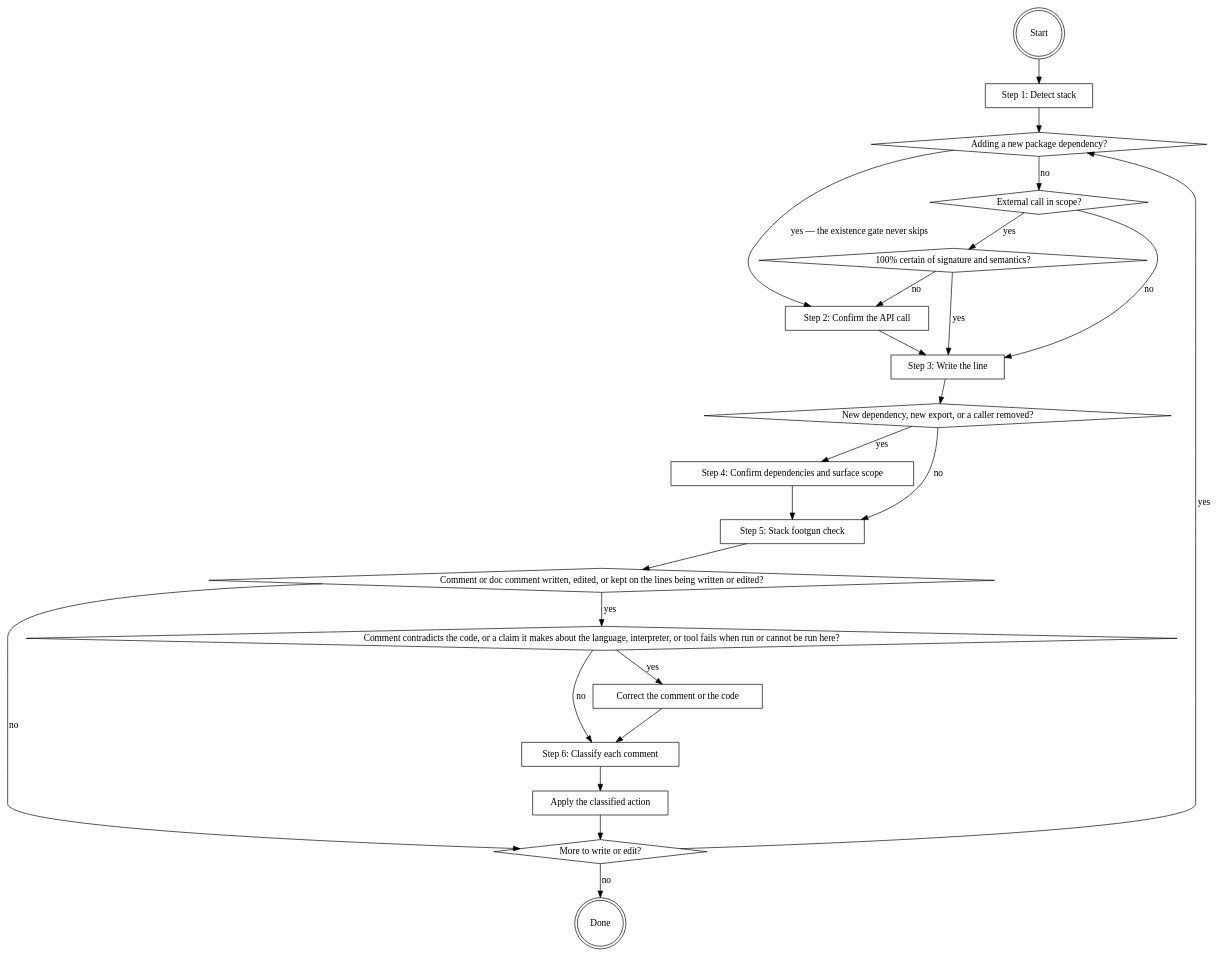
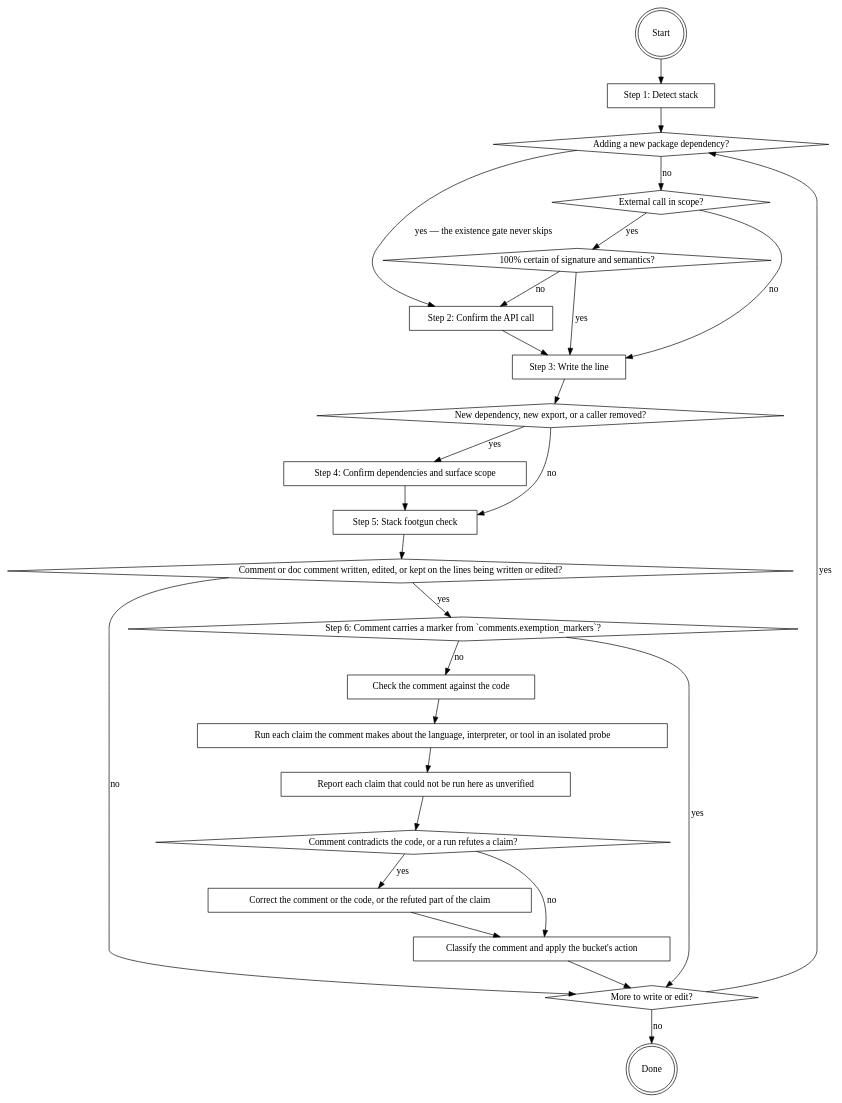
Before and after one commit to it-bens/ai-tools: the diagram in plugins/software-writer/skills/writing-code/SKILL.md, drawn with Graphviz. The commit also changed other lines of this file and 6 other files, not shown here.

````diff
--- a/plugins/software-writer/skills/writing-code/SKILL.md
+++ b/plugins/software-writer/skills/writing-code/SKILL.md
@@ -20,44 +20,51 @@
 ```dot
 digraph writing_code {
     "Start" [shape=doublecircle];
     "Step 1: Detect stack" [shape=box];
     "Adding a new package dependency?" [shape=diamond];
     "External call in scope?" [shape=diamond];
     "100% certain of signature and semantics?" [shape=diamond];
     "Step 2: Confirm the API call" [shape=box];
     "Step 3: Write the line" [shape=box];
     "New dependency, new export, or a caller removed?" [shape=diamond];
     "Step 4: Confirm dependencies and surface scope" [shape=box];
     "Step 5: Stack footgun check" [shape=box];
     "Comment or doc comment written, edited, or kept on the lines being written or edited?" [shape=diamond];
-    "Step 6: Classify each comment" [shape=box];
-    "Comment contradicts the code, or a claim it makes about the language, interpreter, or tool fails when run or cannot be run here?" [shape=diamond];
-    "Correct the comment or the code" [shape=box];
-    "Apply the classified action" [shape=box];
+    "Step 6: Comment carries a marker from `comments.exemption_markers`?" [shape=diamond];
+    "Check the comment against the code" [shape=box];
+    "Run each claim the comment makes about the language, interpreter, or tool in an isolated probe" [shape=box];
+    "Report each claim that could not be run here as unverified" [shape=box];
+    "Comment contradicts the code, or a run refutes a claim?" [shape=diamond];
+    "Correct the comment or the code, or the refuted part of the claim" [shape=box];
+    "Classify the comment and apply the bucket's action" [shape=box];
     "More to write or edit?" [shape=diamond];
     "Done" [shape=doublecircle];
 
     "Start" -> "Step 1: Detect stack" -> "Adding a new package dependency?";
     "Adding a new package dependency?" -> "Step 2: Confirm the API call" [label="yes — the existence gate never skips"];
     "Adding a new package dependency?" -> "External call in scope?" [label="no"];
     "External call in scope?" -> "100% certain of signature and semantics?" [label="yes"];
     "External call in scope?" -> "Step 3: Write the line" [label="no"];
     "100% certain of signature and semantics?" -> "Step 3: Write the line" [label="yes"];
     "100% certain of signature and semantics?" -> "Step 2: Confirm the API call" [label="no"];
     "Step 2: Confirm the API call" -> "Step 3: Write the line";
     "Step 3: Write the line" -> "New dependency, new export, or a caller removed?";
     "New dependency, new export, or a caller removed?" -> "Step 4: Confirm dependencies and surface scope" [label="yes"];
     "New dependency, new export, or a caller removed?" -> "Step 5: Stack footgun check" [label="no"];
     "Step 4: Confirm dependencies and surface scope" -> "Step 5: Stack footgun check";
     "Step 5: Stack footgun check" -> "Comment or doc comment written, edited, or kept on the lines being written or edited?";
-    "Comment or doc comment written, edited, or kept on the lines being written or edited?" -> "Comment contradicts the code, or a claim it makes about the language, interpreter, or tool fails when run or cannot be run here?" [label="yes"];
+    "Comment or doc comment written, edited, or kept on the lines being written or edited?" -> "Step 6: Comment carries a marker from `comments.exemption_markers`?" [label="yes"];
     "Comment or doc comment written, edited, or kept on the lines being written or edited?" -> "More to write or edit?" [label="no"];
-    "Comment contradicts the code, or a claim it makes about the language, interpreter, or tool fails when run or cannot be run here?" -> "Correct the comment or the code" [label="yes"];
-    "Comment contradicts the code, or a claim it makes about the language, interpreter, or tool fails when run or cannot be run here?" -> "Step 6: Classify each comment" [label="no"];
-    "Correct the comment or the code" -> "Step 6: Classify each comment";
-    "Step 6: Classify each comment" -> "Apply the classified action";
-    "Apply the classified action" -> "More to write or edit?";
+    "Step 6: Comment carries a marker from `comments.exemption_markers`?" -> "More to write or edit?" [label="yes"];
+    "Step 6: Comment carries a marker from `comments.exemption_markers`?" -> "Check the comment against the code" [label="no"];
+    "Check the comment against the code" -> "Run each claim the comment makes about the language, interpreter, or tool in an isolated probe";
+    "Run each claim the comment makes about the language, interpreter, or tool in an isolated probe" -> "Report each claim that could not be run here as unverified";
+    "Report each claim that could not be run here as unverified" -> "Comment contradicts the code, or a run refutes a claim?";
+    "Comment contradicts the code, or a run refutes a claim?" -> "Correct the comment or the code, or the refuted part of the claim" [label="yes"];
+    "Comment contradicts the code, or a run refutes a claim?" -> "Classify the comment and apply the bucket's action" [label="no"];
+    "Correct the comment or the code, or the refuted part of the claim" -> "Classify the comment and apply the bucket's action";
+    "Classify the comment and apply the bucket's action" -> "More to write or edit?";
     "More to write or edit?" -> "Adding a new package dependency?" [label="yes"];
     "More to write or edit?" -> "Done" [label="no"];
 }
 ```
````
